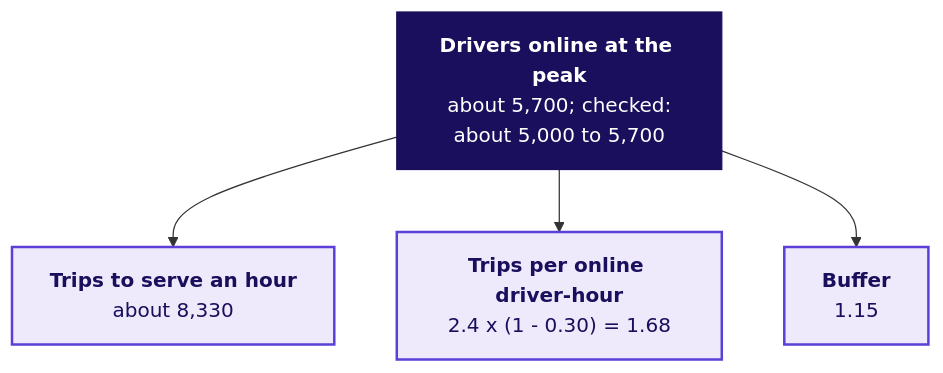
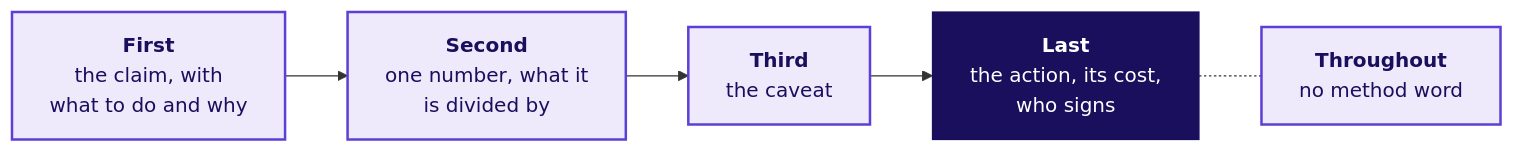
The seventh of 8 diagrams in content/W04/D2/whiteboards/C2_W04_D02_board_work_STUDENT.md (fde-academy-lab/c2-content-factory), drawn with Mermaid before and after one commit. The commit also changed 30 other files, not shown here.

````diff
--- a/content/W04/D2/whiteboards/C2_W04_D02_board_work_STUDENT.md
+++ b/content/W04/D2/whiteboards/C2_W04_D02_board_work_STUDENT.md
@@ -140,14 +141,11 @@
 ```mermaid
-flowchart TD
-    D["<b>Drivers online at the peak</b><br/>about 5,700; checked:<br/>about 5,000 to 5,700"]
-    T["<b>Trips to serve an hour</b><br/>about 8,330"]
-    P["<b>Trips per online driver-hour</b><br/>2.4 x (1 - 0.30) = 1.68"]
-    B["<b>Buffer</b><br/>1.15"]
-    D --> T
-    D --> P
-    D --> B
+flowchart LR
+    S1["<b>First</b><br/>the claim, with<br/>what to do and why"] --> S2["<b>Second</b><br/>one number, what it<br/>is divided by"]
+    S2 --> S3["<b>Third</b><br/>the caveat"]
+    S3 --> S4["<b>Last</b><br/>the action, its cost,<br/>who signs"]
+    S4 -.- M["<b>Throughout</b><br/>no method word"]
+    classDef known fill:#EEEAFB,stroke:#5B3FD6,color:#1A0F5C,stroke-width:2px
     classDef lit fill:#1A0F5C,stroke:#1A0F5C,color:#FFFFFF
-    classDef known fill:#EEEAFB,stroke:#5B3FD6,color:#1A0F5C,stroke-width:2px
-    class D lit
-    class T,P,B known
+    class S1,S2,S3,M known
+    class S4 lit
 ```
````
